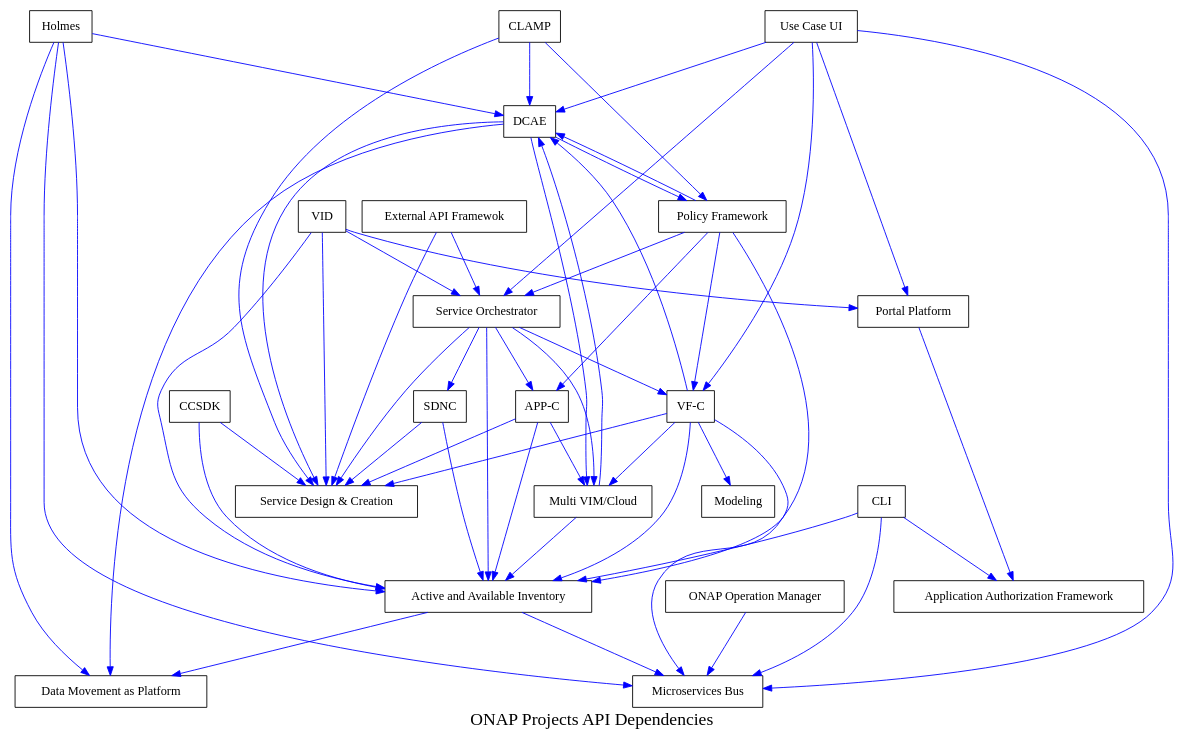
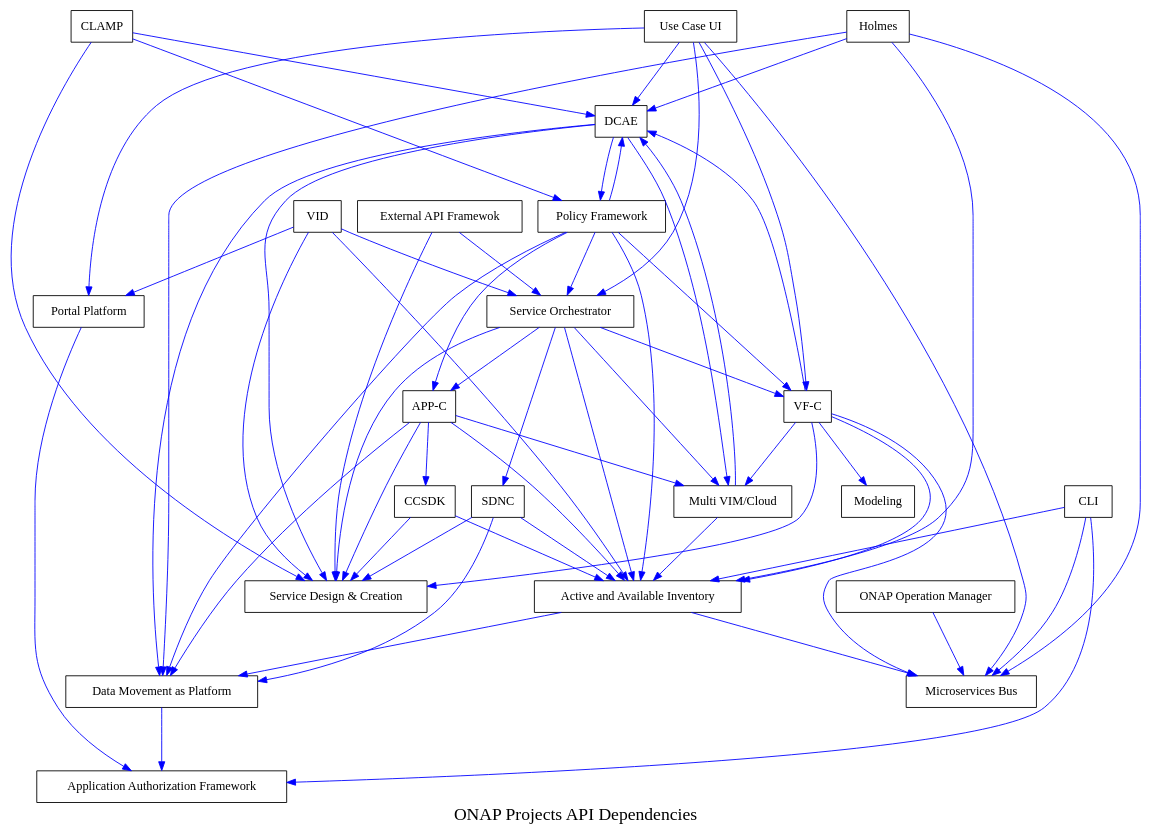
The diagram in documentation/api-dependencies/onapapidependencies.dot (onap/integration), drawn with Graphviz before and after one commit.

Commit message:
Upgrade dependency graph based on ARC meeting
Issue-ID: INT-130

```diff
--- a/documentation/api-dependencies/onapapidependencies.dot
+++ b/documentation/api-dependencies/onapapidependencies.dot
@@ -1,114 +1,119 @@
 /*
  * Copyright 2017 Huawei Technologies Co., Ltd.
  *
  * Licensed under the Apache License, Version 2.0 (the "License");
  * you may not use this file except in compliance with the License.
  * You may obtain a copy of the License at
  *
  *     http://www.apache.org/licenses/LICENSE-2.0
  *
  * Unless required by applicable law or agreed to in writing, software
  * distributed under the License is distributed on an "AS IS" BASIS,
  * WITHOUT WARRANTIES OR CONDITIONS OF ANY KIND, either express or implied.
  * See the License for the specific language governing permissions and
  * limitations under the License.
  */
 
 /*
-Usage: dot -T png -O onapapidependecies.dot   This cmd will generate a png graph dependency file.
+Usage: dot -T png -O onapapidependencies.dot   This cmd will generate a png graph dependency file.
 Graphiz is the open source tool used to generate the graph.
 Graphiz is available and documented at http://www.graphviz.org
 This text file represents the API dependencies between ONAP projects
 The relation between producer and consumer is formalized by the following convention:
 consumer -> producer; 
 */
  
 digraph {
 newrank=true;
 fontsize = 20;
 label="ONAP Projects API Dependencies";
 rankdir=TB;
 ranksep="1 equally"; 
 edge [color=Blue]
 
 aai				[shape=box,label="Active and Available Inventory"]
 aaf				[shape=box,label="Application Authorization Framework"]
 appc			[shape=box,label="APP-C"]
 ccsdk			[shape=box,label="CCSDK"]
 clamp			[shape=box,label="CLAMP"]
 cli			    [shape=box,label="CLI"]
 clamp			[shape=box,label="CLAMP"]
 dcaegen2		[shape=box,label="DCAE"]
 dmaap			[shape=box,label="Data Movement as Platform"]
 extapi			[shape=box,label="External API Framewok"]
 holmes			[shape=box,label="Holmes"]
 modeling		[shape=box,label="Modeling"]
 msb				[shape=box,label="Microservices Bus"]
 multicloud		[shape=box,label="Multi VIM/Cloud"]
 oom			    [shape=box,label="ONAP Operation Manager"]
 policy			[shape=box,label="Policy Framework"]
 portal			[shape=box,label="Portal Platform"]
 sdc				[shape=box,label="Service Design & Creation"]
 sdnc			[shape=box,label="SDNC"]
 so				[shape=box,label="Service Orchestrator"]
 vfc         	[shape=box,label="VF-C"]
 vid  			[shape=box,label="VID"]
 usecaseui		[shape=box,label="Use Case UI"]
 
 
 aai -> dmaap;			//https://wiki.onap.org/pages/viewpage.action?pageId=8227565#A&AIM1ReleasePlanning-APIIncomingDependencies
 aai -> msb;
 appc -> aai;			//https://wiki.onap.org/pages/viewpage.action?pageId=6593279#APPCM1ReleasePlanning(AmsterdamRelease)-APIIncomingDependencies
 appc -> multicloud;
 appc -> sdc;
+appc -> ccsdk;
+appc -> dmaap;
 ccsdk -> aai;			//https://wiki.onap.org/display/DW/Release+Planning+Template+%3A+CCSDK+Amsterdam+Release#ReleasePlanningTemplate:CCSDKAmsterdamRelease-APIIncomingDependencies
 ccsdk -> sdc;
 clamp -> dcaegen2;		//https://wiki.onap.org/display/DW/CLAMP+Release+Planning+M1#CLAMPReleasePlanningM1-APIIncomingDependencies
 clamp -> policy;
 clamp -> sdc;
 cli -> aaf;				//https://wiki.onap.org/display/DW/CLI+Release+Planning#CLIReleasePlanning-APIIncomingDependencies
 cli -> aai;
 cli -> msb;
 dcaegen2 -> dmaap;		//https://wiki.onap.org/display/DW/DCAE+R1+Release+Planning#DCAER1ReleasePlanning-APIIncomingDependencies
 dcaegen2 -> multicloud;
 dcaegen2 -> policy;
-dcaegen2 -> sdc;			
+dcaegen2 -> sdc;
+dmaap -> aaf;			//https://wiki.onap.org/display/DW/DMaaP+Amsterdam+M1+Release#DMaaPAmsterdamM1Release-APIIncomingDependencies			
 extapi -> so;			//https://wiki.onap.org/pages/viewpage.action?pageId=8227006#ExternalAPIFrameworkM1ReleasePlanning(AmsterdamRelease)-APIIncomingDependencies		
 extapi -> sdc;
 holmes -> aai;			//https://wiki.onap.org/pages/viewpage.action?pageId=6593583#HolmesReleasePlanningforAmsterdam-APIIncomingDependencies		
 holmes -> dcaegen2;
 holmes -> dmaap;
 holmes -> msb;
 multicloud -> aai;		//https://wiki.onap.org/pages/viewpage.action?pageId=8225753#MultiVIM/CloudRelease1Planning-APIIncomingDependencies
 multicloud -> dcaegen2;
 oom -> msb;				//https://wiki.onap.org/display/DW/OOM+M1+Release+Planning+Template#OOMM1ReleasePlanningTemplate-APIIncomingDependencies
 policy -> aai;			//https://wiki.onap.org/display/DW/Policy+Framework+R1+-+M1+Release+Planning+Template#PolicyFrameworkR1-M1ReleasePlanningTemplate-APIIncomingDependencies
 policy -> appc;
 policy -> dcaegen2;
+policy -> dmaap;
 policy -> vfc;
 policy -> so;
 portal -> aaf;			//https://wiki.onap.org/pages/viewpage.action?pageId=8227559#PortalPlatformM1ReleasePlanning(AmsterdamRelease)-APIIncomingDependencies
 sdnc -> aai;			//https://wiki.onap.org/display/DW/Release+Planning+Template+%3A+SDNC+Amsterdam+Release#ReleasePlanningTemplate:SDNCAmsterdamRelease-APIIncomingDependencies
 sdnc -> sdc;
+sdnc -> dmaap;
 so -> aai;				//https://wiki.onap.org/display/DW/Service+Orchestrator+Release+Planning#ServiceOrchestratorReleasePlanning-APIIncomingDependencies
 so -> appc;
 so -> multicloud;
 so -> sdc;
 so -> sdnc;
 so -> vfc;
 usecaseui -> dcaegen2;	//https://wiki.onap.org/display/DW/Usecase+UI+Release+Planning#UsecaseUIReleasePlanning-APIIncomingDependencies
 usecaseui -> msb;
 usecaseui -> portal;
 usecaseui -> so;
 usecaseui -> vfc;
 vid -> aai;				//https://wiki.onap.org/display/DW/VID+R1+Amsterdam+Release+Planning#VIDR1AmsterdamReleasePlanning-APIIncomingDependencies
 vid -> portal;
 vid -> sdc;
 vid -> so;
 vfc -> aai;				//https://wiki.onap.org/display/DW/VF-C+Release+Planning#VF-CReleasePlanning-APIIncomingDependencies
 vfc -> dcaegen2;
 vfc -> modeling;
 vfc -> multicloud;
 vfc -> msb;
 vfc -> sdc;
 }
```
